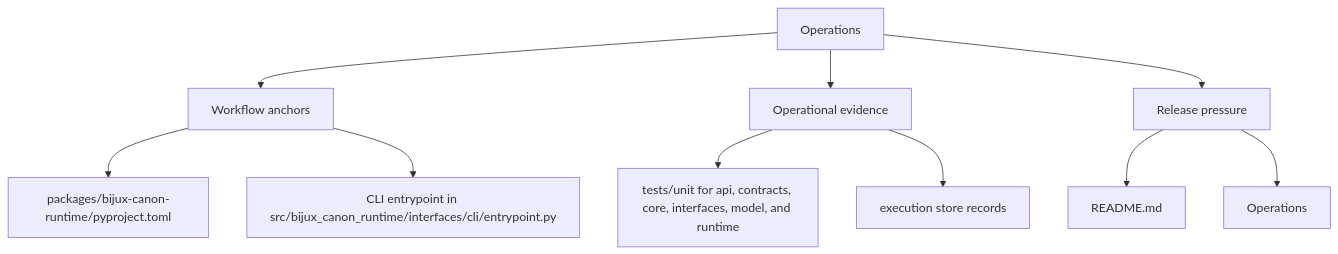
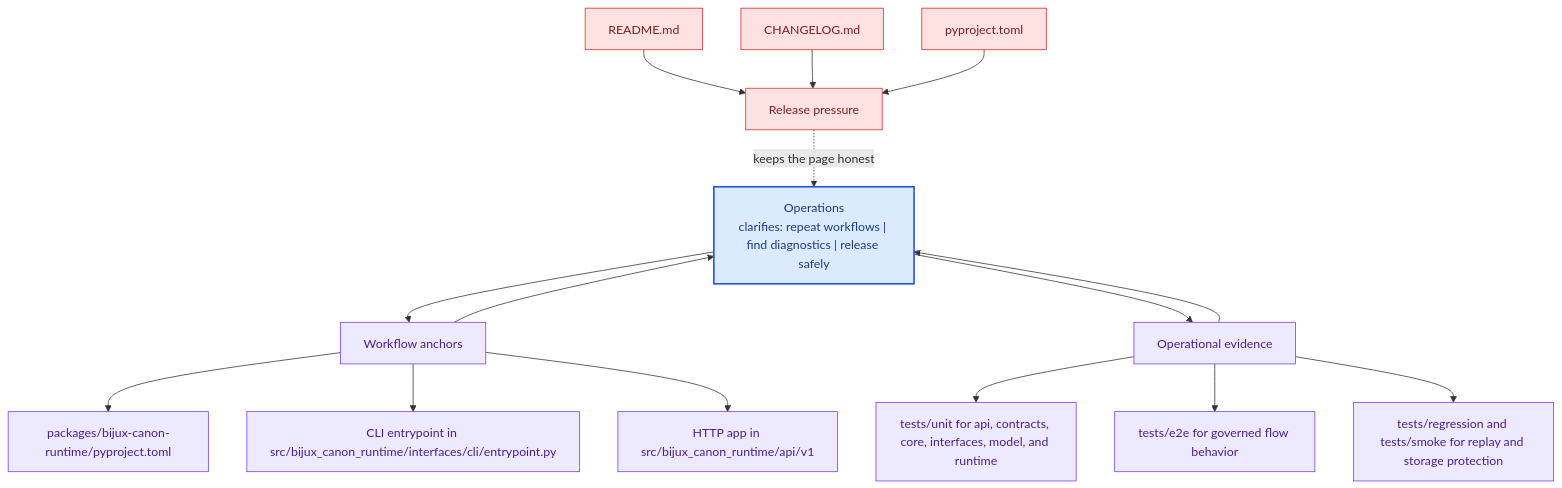
Before and after one commit to bijux/bijux-canon: the second of 2 diagrams in docs/bijux-canon-runtime/operations/index.md, drawn with Mermaid. The commit also changed other lines of this file and 281 other files, not shown here.

Commit message:
docs(diagrams): deepen handbook mermaid maps across the catalog

````diff
--- a/docs/bijux-canon-runtime/operations/index.md
+++ b/docs/bijux-canon-runtime/operations/index.md
@@ -32,22 +65,41 @@
 ```mermaid
-flowchart TD
-    page["Operations"]
+flowchart TB
+    promise["Operations<br/>clarifies: repeat workflows | find diagnostics | release safely"]
+    classDef promise fill:#dbeafe,stroke:#1d4ed8,color:#1e3a8a,stroke-width:2px;
+    classDef driver fill:#dcfce7,stroke:#16a34a,color:#14532d;
+    classDef constraint fill:#fee2e2,stroke:#dc2626,color:#7f1d1d;
+    classDef ground fill:#ede9fe,stroke:#7c3aed,color:#4c1d95;
     focus1["Workflow anchors"]
-    page --> focus1
+    focus1 --> promise
+    promise --> focus1
     focus1_1["packages/bijux-canon-runtime/pyproject.toml"]
     focus1 --> focus1_1
     focus1_2["CLI entrypoint in src/bijux_canon_runtime/interfaces/cli/entrypoint.py"]
     focus1 --> focus1_2
+    focus1_3["HTTP app in src/bijux_canon_runtime/api/v1"]
+    focus1 --> focus1_3
+    class focus1 ground;
+    class focus1_1,focus1_2,focus1_3 ground;
     focus2["Operational evidence"]
-    page --> focus2
+    focus2 --> promise
+    promise --> focus2
     focus2_1["tests/unit for api, contracts, core, interfaces, model, and runtime"]
     focus2 --> focus2_1
-    focus2_2["execution store records"]
+    focus2_2["tests/e2e for governed flow behavior"]
     focus2 --> focus2_2
+    focus2_3["tests/regression and tests/smoke for replay and storage protection"]
+    focus2 --> focus2_3
+    class focus2 ground;
+    class focus2_1,focus2_2,focus2_3 ground;
     focus3["Release pressure"]
-    page --> focus3
+    focus3 -.keeps the page honest.-> promise
     focus3_1["README.md"]
-    focus3 --> focus3_1
-    focus3_2["Operations"]
-    focus3 --> focus3_2
+    focus3_1 --> focus3
+    focus3_2["CHANGELOG.md"]
+    focus3_2 --> focus3
+    focus3_3["pyproject.toml"]
+    focus3_3 --> focus3
+    class focus3 constraint;
+    class focus3_1,focus3_2,focus3_3 constraint;
+    class promise promise;
 ```
````
